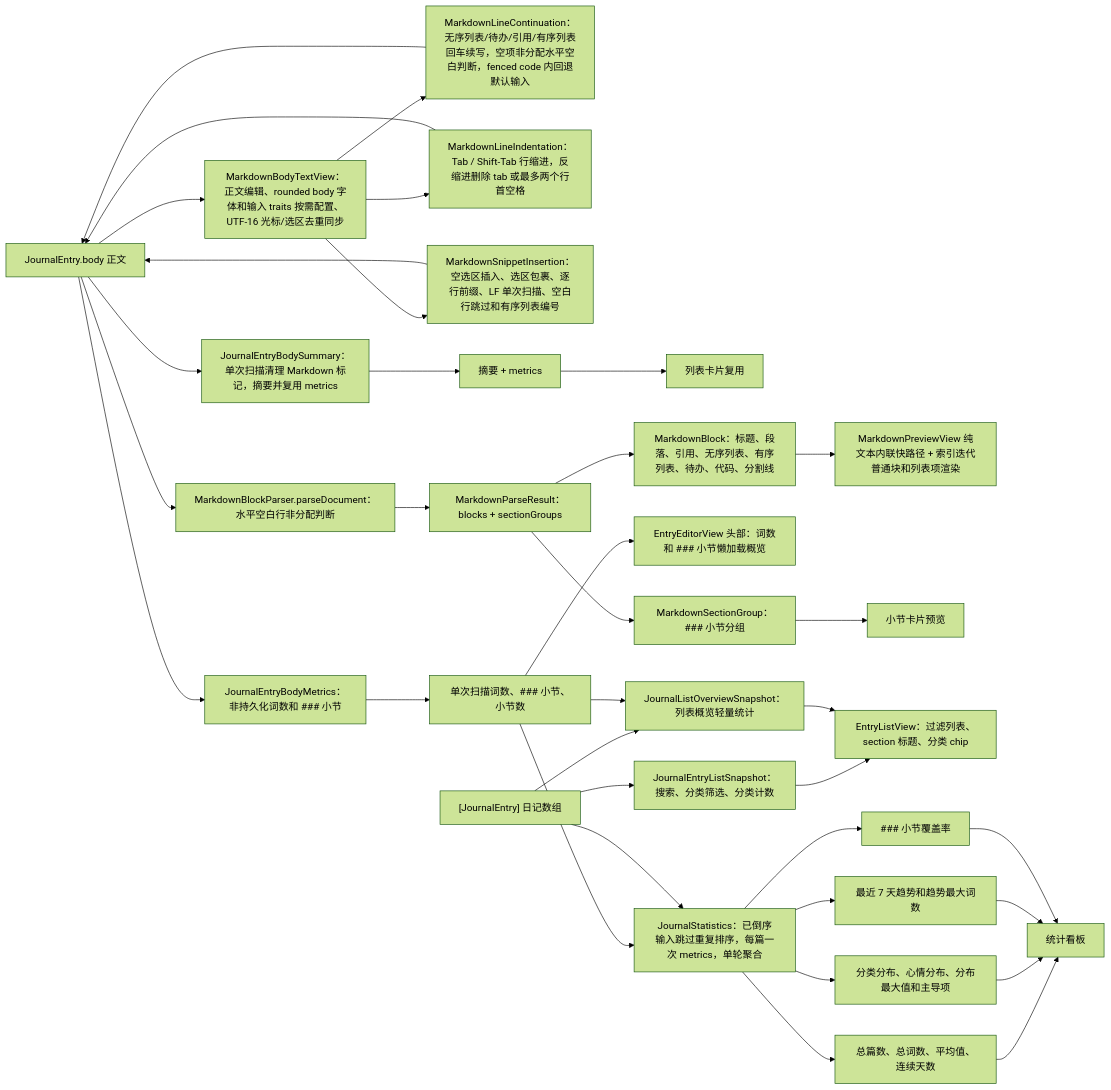
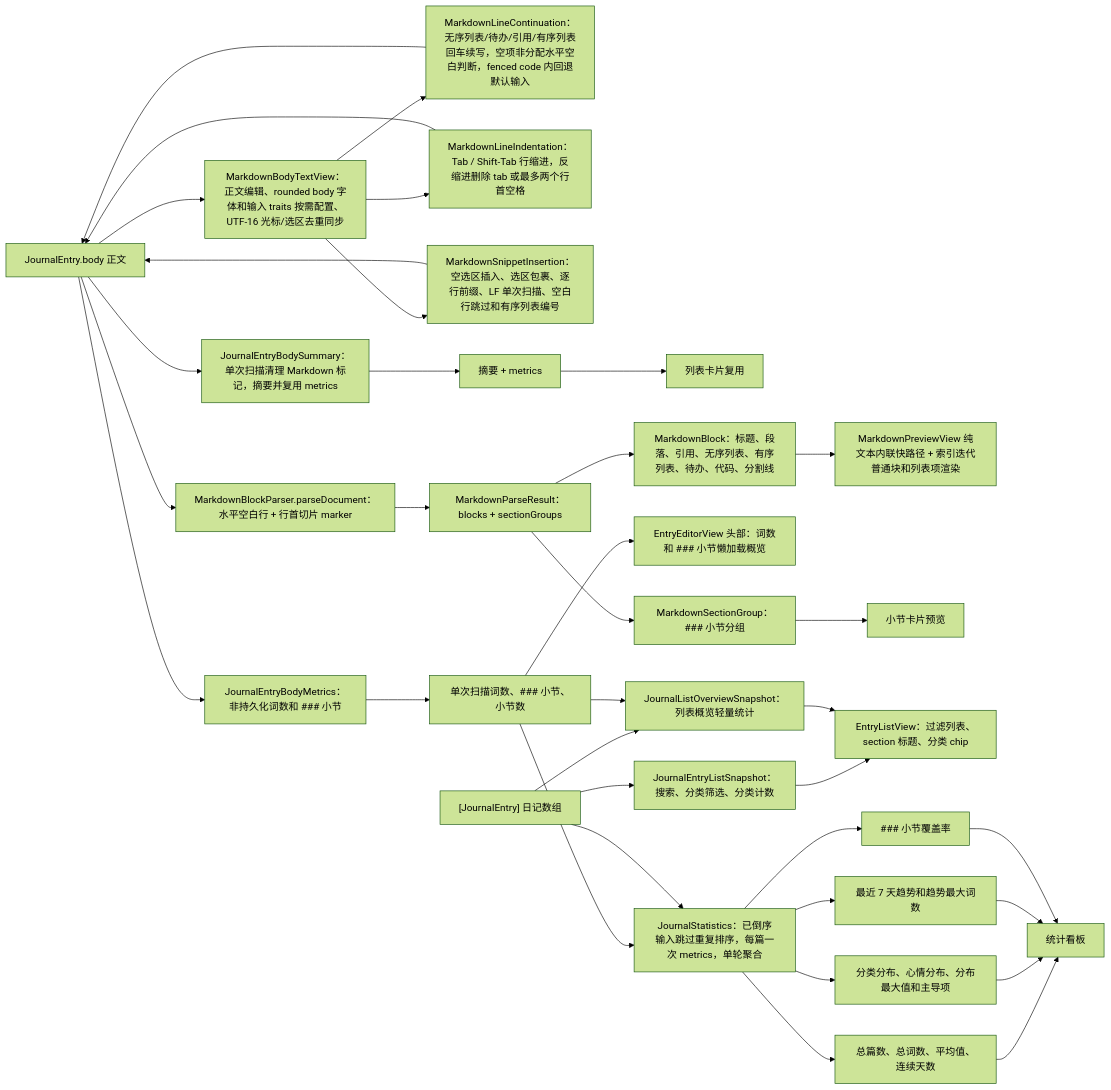
The fourth of 6 diagrams in md/flow/flowchart.md (Altman-sam114/117), drawn with Mermaid (forest theme) before and after one commit. The commit also changed other lines of this file and 7 other files, not shown here.

````diff
--- a/md/flow/flowchart.md
+++ b/md/flow/flowchart.md
@@ -121,37 +121,37 @@
 ```mermaid
 flowchart LR
   Body["JournalEntry.body 正文"] --> MetricsNode2["JournalEntryBodyMetrics：非持久化词数和 ### 小节"]
   Body --> Summary["JournalEntryBodySummary：单次扫描清理 Markdown 标记，摘要并复用 metrics"]
   Body --> BodyText["MarkdownBodyTextView：正文编辑、rounded body 字体和输入 traits 按需配置、UTF-16 光标/选区去重同步"]
   BodyText --> ContinueRule["MarkdownLineContinuation：无序列表/待办/引用/有序列表回车续写，空项非分配水平空白判断，fenced code 内回退默认输入"]
   ContinueRule --> Body
   BodyText --> IndentRule["MarkdownLineIndentation：Tab / Shift-Tab 行缩进，反缩进删除 tab 或最多两个行首空格"]
   IndentRule --> Body
   BodyText --> InsertRule["MarkdownSnippetInsertion：空选区插入、选区包裹、逐行前缀、LF 单次扫描、空白行跳过和有序列表编号"]
   InsertRule --> Body
   MetricsNode2 --> MetricsData["单次扫描词数、### 小节、小节数"]
   Summary --> Excerpt["摘要 + metrics"]
   Excerpt --> RowEditor["列表卡片复用"]
   MetricsData --> Statistics["JournalStatistics：已倒序输入跳过重复排序，每篇一次 metrics，单轮聚合"]
   MetricsData --> EditorHeader["EntryEditorView 头部：词数和 ### 小节懒加载概览"]
-  Body --> Parse["MarkdownBlockParser.parseDocument：水平空白行非分配判断"]
+  Body --> Parse["MarkdownBlockParser.parseDocument：水平空白行 + 行首切片 marker"]
   Parse --> Result["MarkdownParseResult：blocks + sectionGroups"]
   Result --> Blocks["MarkdownBlock：标题、段落、引用、无序列表、有序列表、待办、代码、分割线"]
   Blocks --> Preview["MarkdownPreviewView 纯文本内联快路径 + 索引迭代普通块和列表项渲染"]
   Result --> Sections["MarkdownSectionGroup：### 小节分组"]
   Sections --> SectionPreview["小节卡片预览"]
   Entries["[JournalEntry] 日记数组"] --> Statistics
   Entries --> ListSnapshot2["JournalEntryListSnapshot：搜索、分类筛选、分类计数"]
   ListSnapshot2 --> ListView["EntryListView：过滤列表、section 标题、分类 chip"]
   Entries --> ListOverview2["JournalListOverviewSnapshot：列表概览轻量统计"]
   MetricsData --> ListOverview2
   ListOverview2 --> ListView
   Statistics --> Metrics["总篇数、总词数、平均值、连续天数"]
   Statistics --> Distributions["分类分布、心情分布、分布最大值和主导项"]
   Statistics --> Trend["最近 7 天趋势和趋势最大词数"]
   Statistics --> Coverage["### 小节覆盖率"]
   Metrics --> Dashboard["统计看板"]
   Distributions --> Dashboard
   Trend --> Dashboard
   Coverage --> Dashboard
 ```
````
